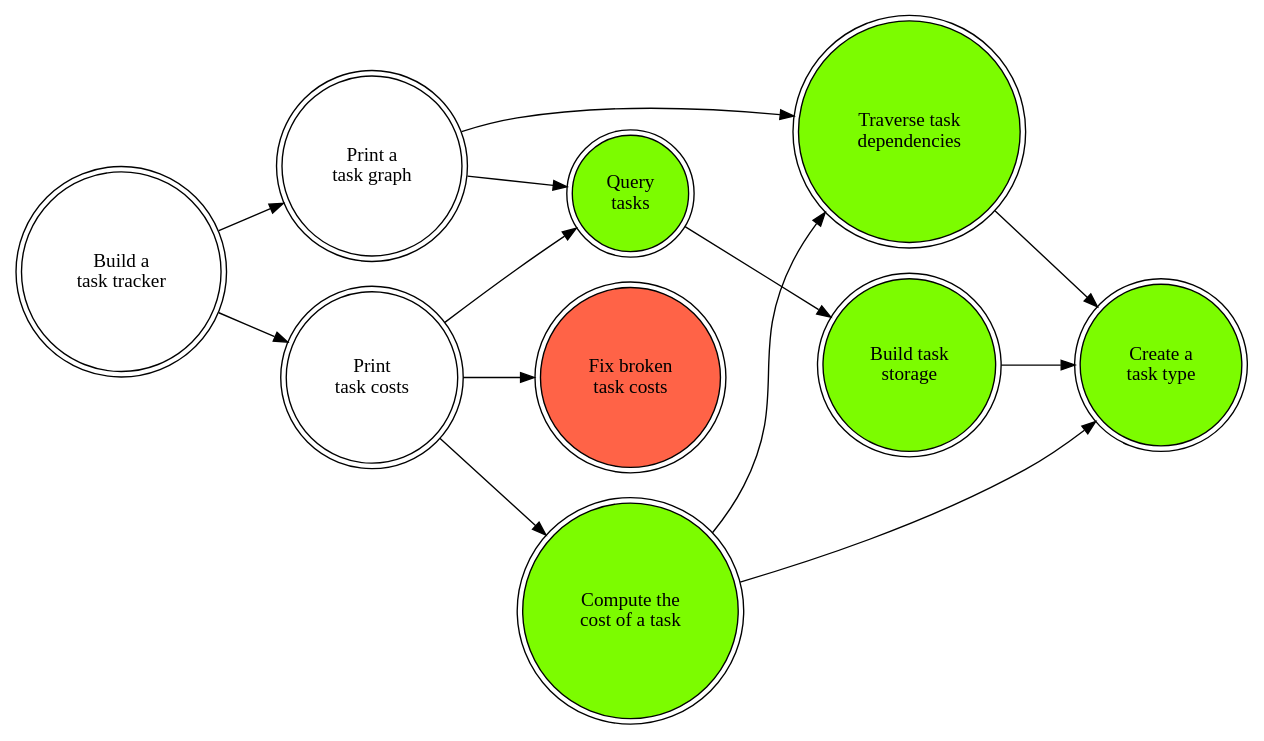
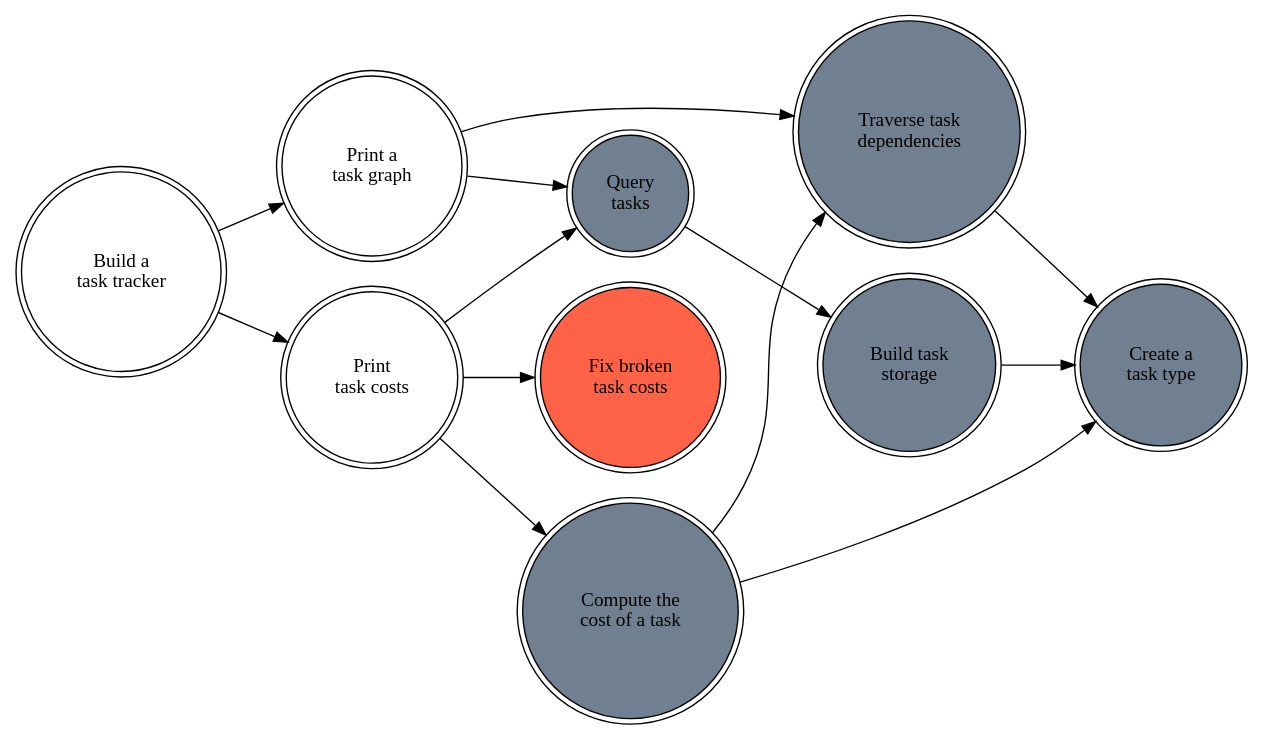
The diagram in dags/tasks4.dot (nuttycom/lc_winter-2018), drawn with Graphviz before and after one commit. The commit also changed other lines of this file and 9 other files, not shown here.

```diff
--- a/dags/tasks4.dot
+++ b/dags/tasks4.dot
@@ -1,26 +1,26 @@
 digraph G {
   rankdir="LR";
   node [shape=doublecircle]
   tt  [label="Build a\ntask tracker"]
-  ct  [label="Create a\ntask type"; style="filled"; fillcolor="lawngreen"]
+  ct  [label="Create a\ntask type"; style="filled"; fillcolor="slategray"]
   ptg [label="Print a\ntask graph"]
   ptc [label="Print\ntask costs"]
-  qt  [label="Query\ntasks"; style="filled"; fillcolor="lawngreen"]
-  bts [label="Build task\nstorage"; style="filled"; fillcolor="lawngreen"]
-  ctc [label="Compute the\ncost of a task"; style="filled"; fillcolor="lawngreen"]
-  ttd [label="Traverse task\ndependencies"; style="filled"; fillcolor="lawngreen"]
+  qt  [label="Query\ntasks"; style="filled"; fillcolor="slategray"]
+  bts [label="Build task\nstorage"; style="filled"; fillcolor="slategray"]
+  ctc [label="Compute the\ncost of a task"; style="filled"; fillcolor="slategray"]
+  ttd [label="Traverse task\ndependencies"; style="filled"; fillcolor="slategray"]
   ftc [label="Fix broken\ntask costs"; style=filled; fillcolor="tomato"]
 
   tt  -> ptg
   ptg -> qt
   qt  -> bts
   tt  -> ptc
   ptc -> qt
   ptc -> ctc
   ctc -> ct
   bts -> ct
   ptg -> ttd
   ttd -> ct
   ctc -> ttd
   ptc -> ftc
 }
```
